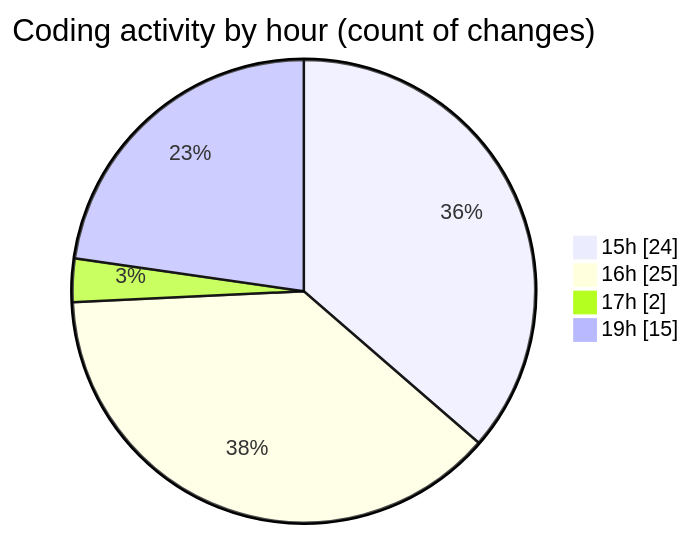
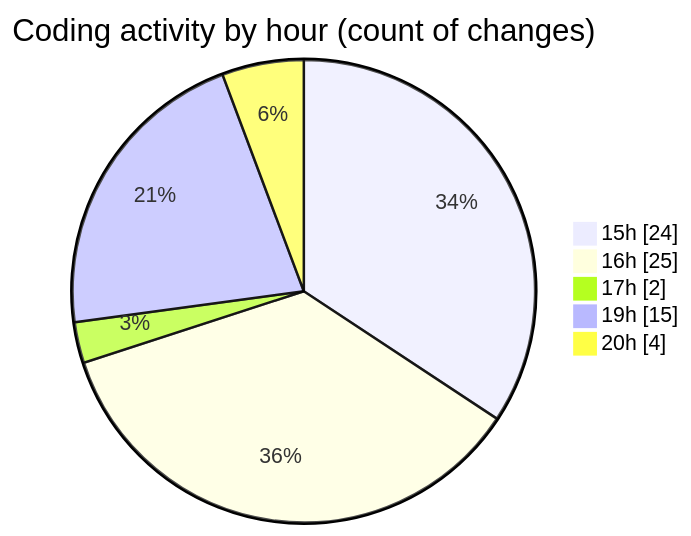
The second of 2 diagrams in 2025-07-31/tw-server/README.md (EIIisD/code-tracking), drawn with Mermaid before and after one commit. The commit also changed other lines of this file and 1 other file, not shown here.

````diff
--- a/2025-07-31/tw-server/README.md
+++ b/2025-07-31/tw-server/README.md
@@ -43,8 +43,9 @@
 ```mermaid
 pie showData
 title Coding activity by hour (count of changes)
 "15h" : 24
 "16h" : 25
 "17h" : 2
 "19h" : 15
+"20h" : 4
 ```
````
